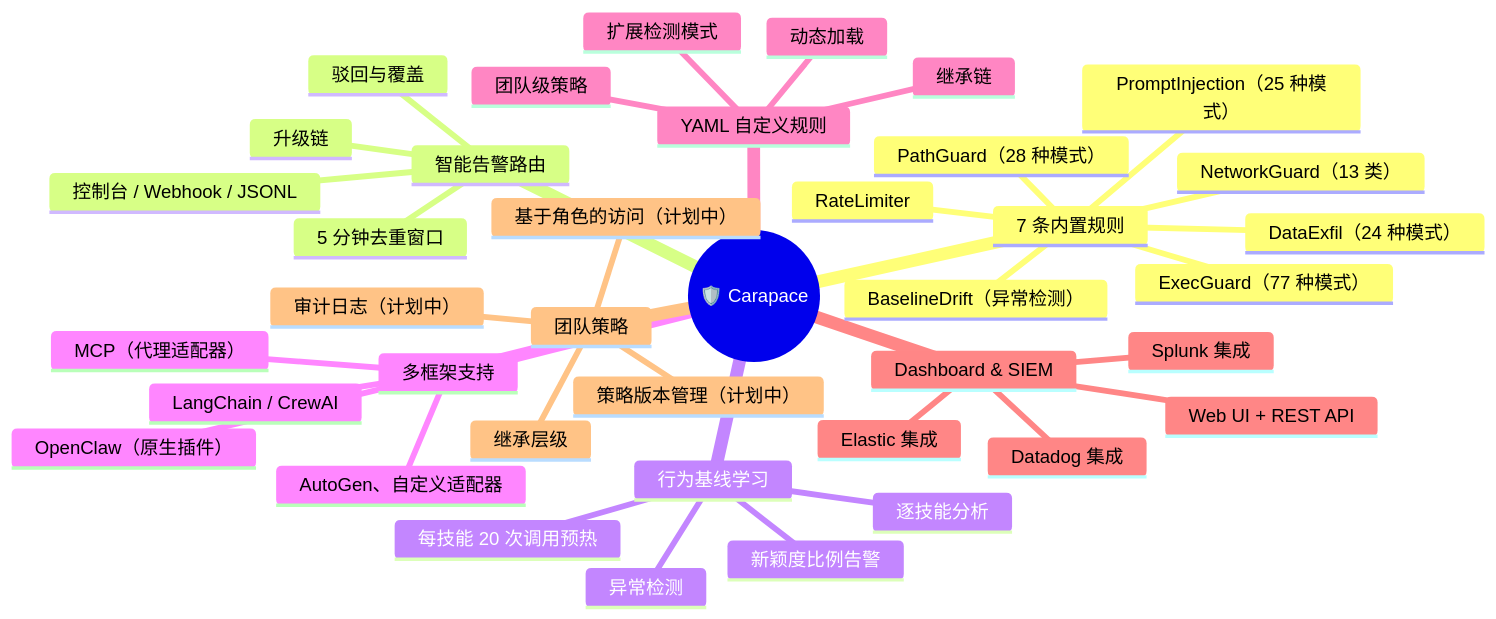
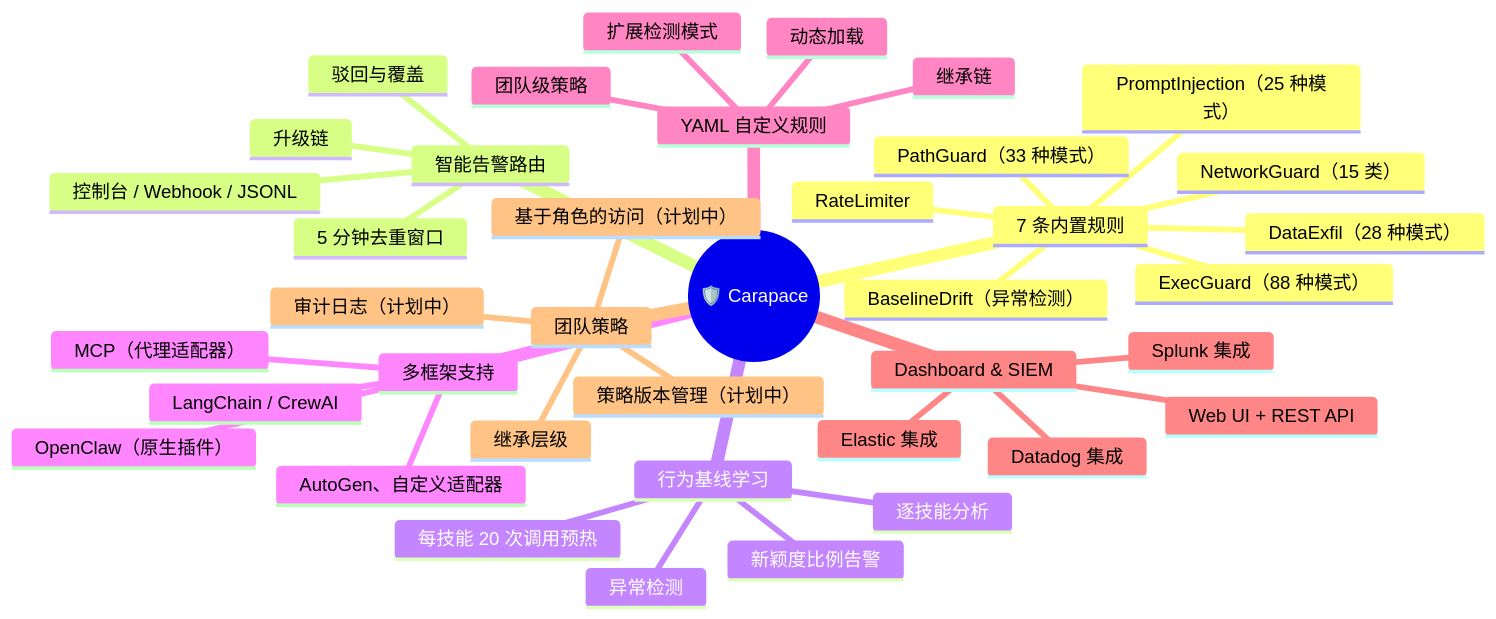
The first of 4 diagrams in README.zh-CN.md (yeasy/carapace), drawn with Mermaid before and after one commit. The commit also changed other lines of this file and 2 other files, not shown here.

````diff
--- a/README.zh-CN.md
+++ b/README.zh-CN.md
@@ -70,42 +70,42 @@
 ```mermaid
 mindmap
   root((🛡️ Carapace))
     7 条内置规则
-      ExecGuard（77 种模式）
-      PathGuard（28 种模式）
-      NetworkGuard（13 类）
+      ExecGuard（88 种模式）
+      PathGuard（33 种模式）
+      NetworkGuard（15 类）
       RateLimiter
       PromptInjection（25 种模式）
-      DataExfil（24 种模式）
+      DataExfil（28 种模式）
       BaselineDrift（异常检测）
     智能告警路由
       5 分钟去重窗口
       升级链
       驳回与覆盖
       控制台 / Webhook / JSONL
     行为基线学习
       每技能 20 次调用预热
       逐技能分析
       异常检测
       新颖度比例告警
     多框架支持
       OpenClaw（原生插件）
       MCP（代理适配器）
       LangChain / CrewAI
       AutoGen、自定义适配器
     YAML 自定义规则
       扩展检测模式
       团队级策略
       继承链
       动态加载
     Dashboard & SIEM
       Web UI + REST API
       Splunk 集成
       Elastic 集成
       Datadog 集成
     团队策略
       继承层级
       基于角色的访问（计划中）
       策略版本管理（计划中）
       审计日志（计划中）
 ```
````
